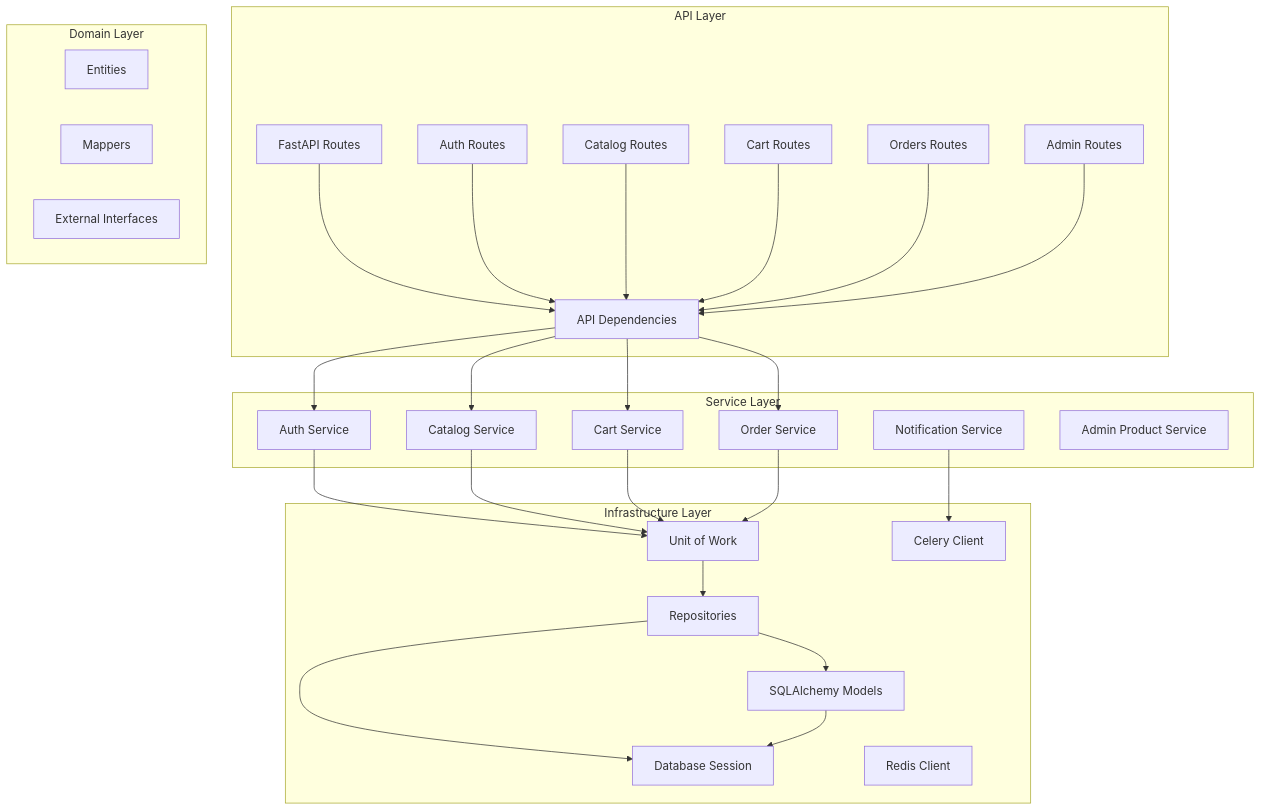
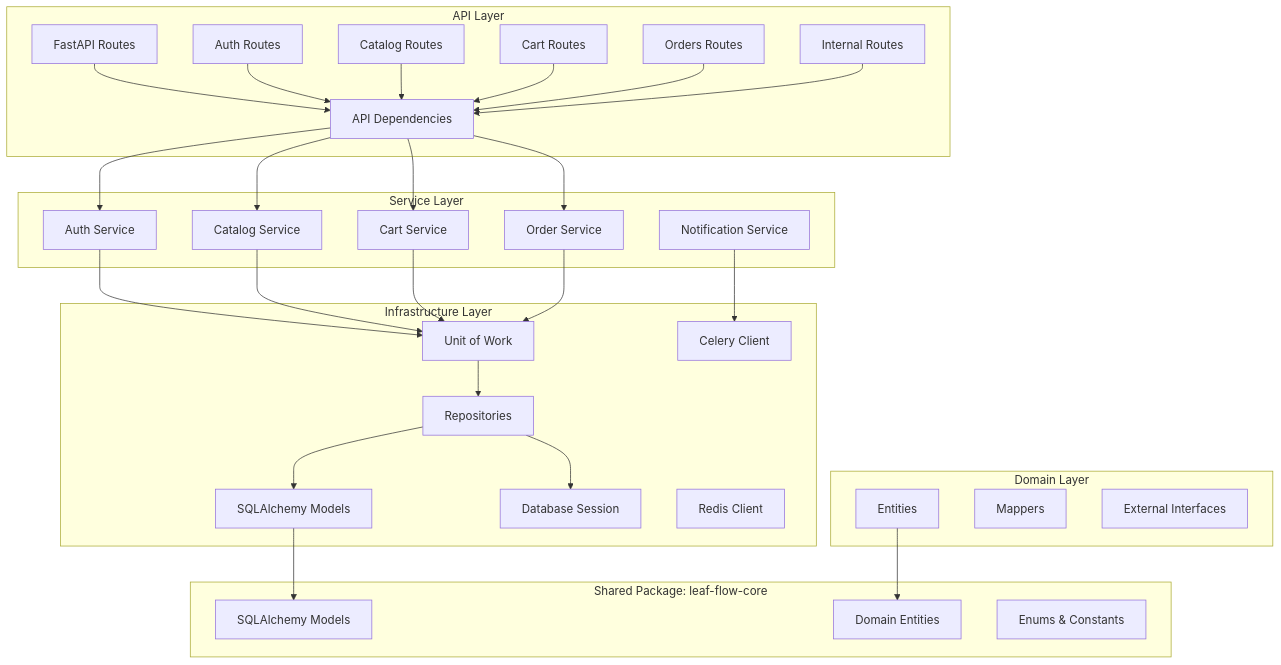
The diagram in README.md (Mist3s/leaf-flow), drawn with Mermaid before and after one commit. The commit also changed other lines of this file and 58 other files, not shown here.

First line of the commit message:
refactor: вынесены модели в leaf-flow-core, удалён admin API

````diff
--- a/README.md
+++ b/README.md
@@ -96,46 +98,52 @@
 ```mermaid
 graph TB
     subgraph "API Layer"
         A[FastAPI Routes] --> B[API Dependencies]
         A1[Auth Routes] --> B
         A2[Catalog Routes] --> B
         A3[Cart Routes] --> B
         A4[Orders Routes] --> B
-        A5[Admin Routes] --> B
+        A5[Internal Routes] --> B
     end
 
     subgraph "Service Layer"
         C1[Auth Service]
         C2[Catalog Service]
         C3[Cart Service]
         C4[Order Service]
         C5[Notification Service]
-        C6[Admin Product Service]
     end
 
     subgraph "Infrastructure Layer"
         D[Unit of Work] --> E[Repositories]
         E --> F[SQLAlchemy Models]
         G[Database Session]
         H[Redis Client]
         I[Celery Client]
     end
 
     subgraph "Domain Layer"
         J[Entities]
         K[Mappers]
         L[External Interfaces]
     end
 
+    subgraph "Shared Package: leaf-flow-core"
+        M[SQLAlchemy Models]
+        N[Domain Entities]
+        O[Enums & Constants]
+    end
+
     B --> C1
     B --> C2
     B --> C3
     B --> C4
     C1 --> D
     C2 --> D
     C3 --> D
     C4 --> D
     C5 --> I
     E --> G
-    F --> G
+    F --> M
+    J --> N
 ```
````
